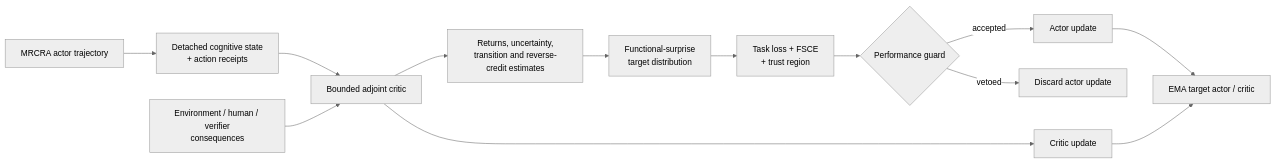
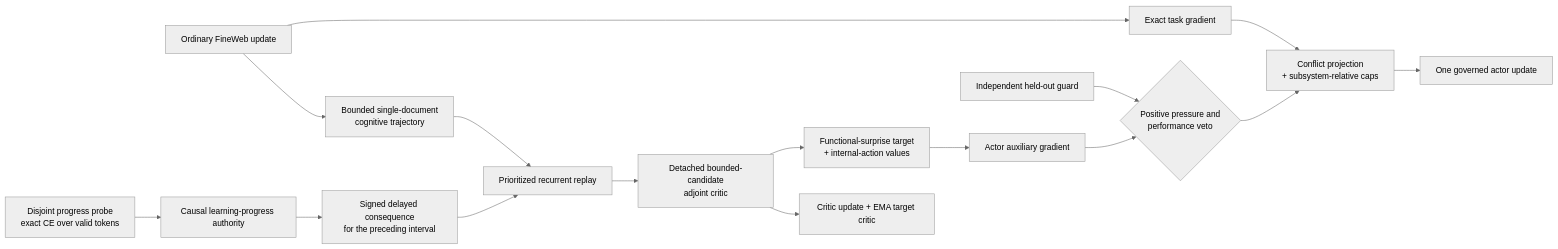
One commit to leatherman55/MRCRA changed the third of 3 diagrams in README.md. Above: the diagram before and after it, drawn with Mermaid (neutral theme). The commit also changed other lines of this file and 31 other files, not shown here.

````diff
--- a/README.md
+++ b/README.md
@@ -370,15 +370,18 @@
 ```mermaid
 flowchart LR
-    A["MRCRA actor trajectory"] --> B["Detached cognitive state<br/>+ action receipts"]
-    B --> C["Bounded adjoint critic"]
-    D["Environment / human / verifier<br/>consequences"] --> C
-    C --> E["Returns, uncertainty,<br/>transition and reverse-credit estimates"]
-    E --> F["Functional-surprise<br/>target distribution"]
-    F --> G["Task loss + FSCE<br/>+ trust region"]
-    G --> H{"Performance guard"}
-    H -- "accepted" --> I["Actor update"]
-    H -- "vetoed" --> J["Discard actor update"]
-    C --> K["Critic update"]
-    I --> L["EMA target actor / critic"]
-    K --> L
+    A["Ordinary FineWeb update"] --> B["Exact task gradient"]
+    A --> C["Bounded single-document<br/>cognitive trajectory"]
+    D["Disjoint progress probe<br/>exact CE over valid tokens"] --> E["Causal learning-progress authority"]
+    E --> F["Signed delayed consequence<br/>for the preceding interval"]
+    C --> G["Prioritized recurrent replay"]
+    F --> G
+    G --> H["Detached bounded-candidate<br/>adjoint critic"]
+    H --> I["Functional-surprise target<br/>+ internal-action values"]
+    I --> J["Actor auxiliary gradient"]
+    K["Independent held-out guard"] --> L{"Positive pressure and<br/>performance veto"}
+    J --> L
+    L --> M["Conflict projection<br/>+ subsystem-relative caps"]
+    B --> M
+    M --> N["One governed actor update"]
+    H --> O["Critic update + EMA target critic"]
 ```
````
